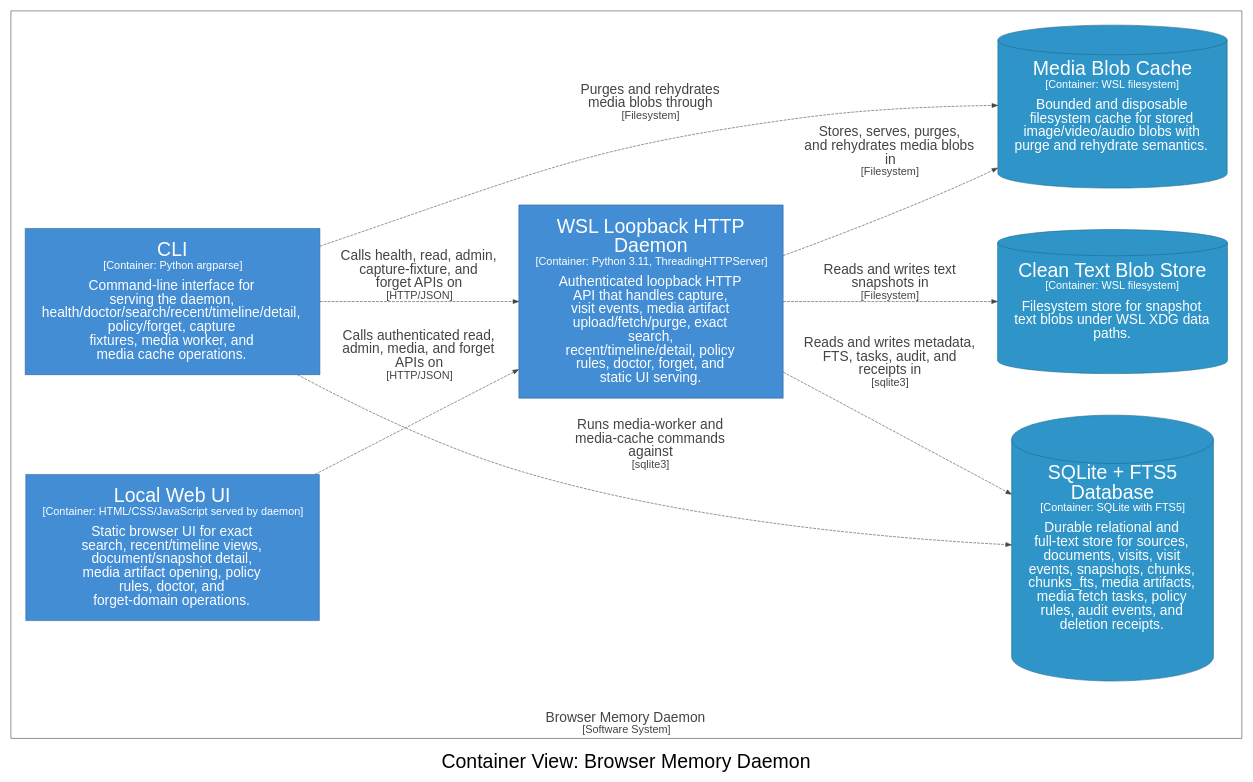
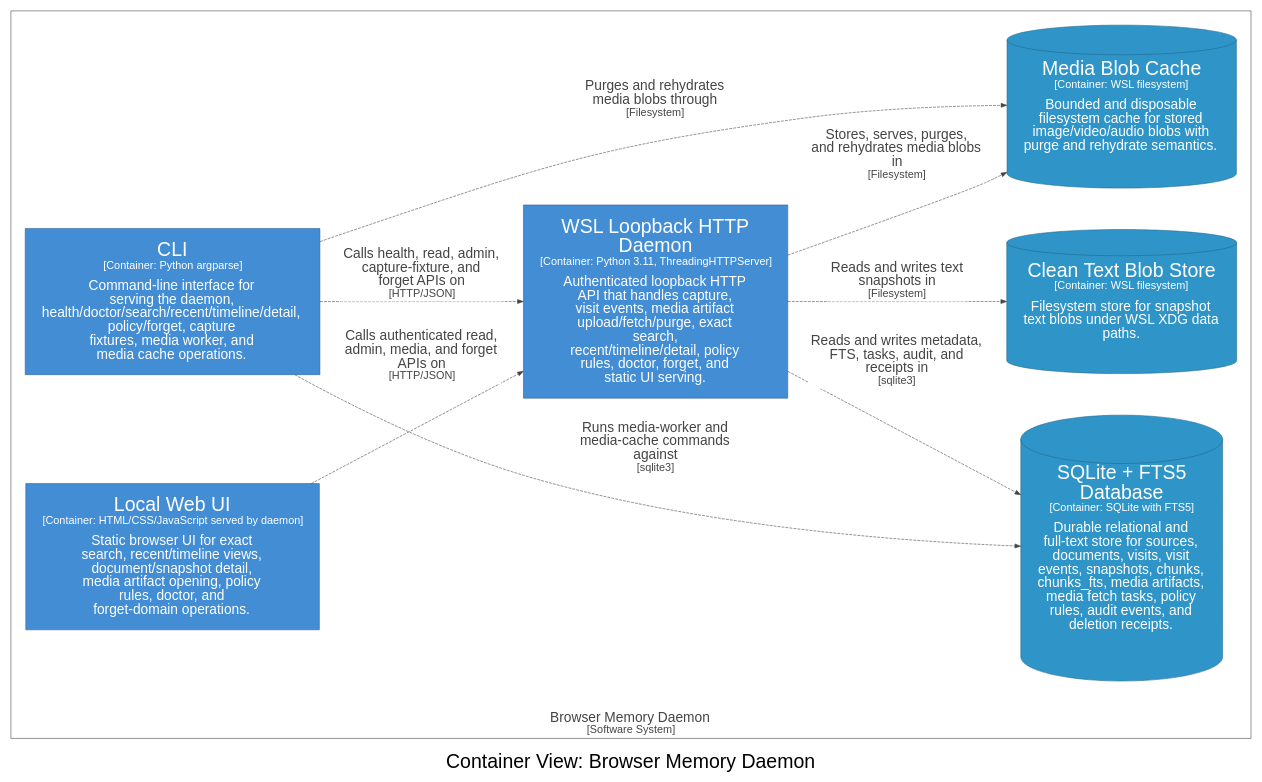
The diagram in architecture/diagrams/dot/structurizr-OpsContainers.dot (michaelnicks0/browser-memory-daemon), drawn with Graphviz before and after one commit. The commit also changed 83 other files, not shown here.

Commit message:
docs: clean C4 diagram renders

```diff
--- a/architecture/diagrams/dot/structurizr-OpsContainers.dot
+++ b/architecture/diagrams/dot/structurizr-OpsContainers.dot
@@ -1,32 +1,32 @@
 digraph {
   compound=true
   graph [fontname="Arial", rankdir=LR, ranksep=1.0, nodesep=1.0]
   node [fontname="Arial", shape=box, margin="0.4,0.3"]
   edge [fontname="Arial"]
   label=<<br /><font point-size="34">Container View: Browser Memory Daemon</font>>
 
   subgraph cluster_4 {
     margin=25
     label=<<font point-size="24"><br />Browser Memory Daemon</font><br /><font point-size="19">[Software System]</font>>
     labelloc=b
     color="#444444"
     fontcolor="#444444"
     fillcolor="#444444"
 
     14 [id=14,shape=rect, label=<<font point-size="34">WSL Loopback HTTP<br />Daemon</font><br /><font point-size="19">[Container: Python 3.11, ThreadingHTTPServer]</font><br /><br /><font point-size="24">Authenticated loopback HTTP<br />API that handles capture,<br />visit events, media artifact<br />upload/fetch/purge, exact<br />search,<br />recent/timeline/detail, policy<br />rules, doctor, forget, and<br />static UI serving.</font>>, style=filled, color="#2e6295", fillcolor="#438dd5", fontcolor="#ffffff"]
     25 [id=25,shape=rect, label=<<font point-size="34">Local Web UI</font><br /><font point-size="19">[Container: HTML/CSS/JavaScript served by daemon]</font><br /><br /><font point-size="24">Static browser UI for exact<br />search, recent/timeline views,<br />document/snapshot detail,<br />media artifact opening, policy<br />rules, doctor, and<br />forget-domain operations.</font>>, style=filled, color="#2e6295", fillcolor="#438dd5", fontcolor="#ffffff"]
     26 [id=26,shape=rect, label=<<font point-size="34">CLI</font><br /><font point-size="19">[Container: Python argparse]</font><br /><br /><font point-size="24">Command-line interface for<br />serving the daemon,<br />health/doctor/search/recent/timeline/detail,<br />policy/forget, capture<br />fixtures, media worker, and<br />media cache operations.</font>>, style=filled, color="#2e6295", fillcolor="#438dd5", fontcolor="#ffffff"]
     27 [id=27,shape=cylinder, label=<<font point-size="34">SQLite + FTS5<br />Database</font><br /><font point-size="19">[Container: SQLite with FTS5]</font><br /><br /><font point-size="24">Durable relational and<br />full-text store for sources,<br />documents, visits, visit<br />events, snapshots, chunks,<br />chunks_fts, media artifacts,<br />media fetch tasks, policy<br />rules, audit events, and<br />deletion receipts.</font>>, style=filled, color="#20688c", fillcolor="#2f95c8", fontcolor="#ffffff"]
     28 [id=28,shape=cylinder, label=<<font point-size="34">Clean Text Blob Store</font><br /><font point-size="19">[Container: WSL filesystem]</font><br /><br /><font point-size="24">Filesystem store for snapshot<br />text blobs under WSL XDG data<br />paths.</font>>, style=filled, color="#20688c", fillcolor="#2f95c8", fontcolor="#ffffff"]
     29 [id=29,shape=cylinder, label=<<font point-size="34">Media Blob Cache</font><br /><font point-size="19">[Container: WSL filesystem]</font><br /><br /><font point-size="24">Bounded and disposable<br />filesystem cache for stored<br />image/video/audio blobs with<br />purge and rehydrate semantics.</font>>, style=filled, color="#20688c", fillcolor="#2f95c8", fontcolor="#ffffff"]
   }
 
-  25 -> 14 [id=39, label=<<font point-size="24">Calls authenticated read,<br />admin, media, and forget<br />APIs on</font><br /><font point-size="19">[HTTP/JSON]</font>>, style="dashed", color="#444444", fontcolor="#444444"]
-  26 -> 14 [id=40, label=<<font point-size="24">Calls health, read, admin,<br />capture-fixture, and<br />forget APIs on</font><br /><font point-size="19">[HTTP/JSON]</font>>, style="dashed", color="#444444", fontcolor="#444444"]
-  26 -> 27 [id=41, label=<<font point-size="24">Runs media-worker and<br />media-cache commands<br />against</font><br /><font point-size="19">[sqlite3]</font>>, style="dashed", color="#444444", fontcolor="#444444"]
-  26 -> 29 [id=42, label=<<font point-size="24">Purges and rehydrates<br />media blobs through</font><br /><font point-size="19">[Filesystem]</font>>, style="dashed", color="#444444", fontcolor="#444444"]
-  14 -> 27 [id=43, label=<<font point-size="24">Reads and writes metadata,<br />FTS, tasks, audit, and<br />receipts in</font><br /><font point-size="19">[sqlite3]</font>>, style="dashed", color="#444444", fontcolor="#444444"]
-  14 -> 28 [id=44, label=<<font point-size="24">Reads and writes text<br />snapshots in</font><br /><font point-size="19">[Filesystem]</font>>, style="dashed", color="#444444", fontcolor="#444444"]
-  14 -> 29 [id=45, label=<<font point-size="24">Stores, serves, purges,<br />and rehydrates media blobs<br />in</font><br /><font point-size="19">[Filesystem]</font>>, style="dashed", color="#444444", fontcolor="#444444"]
+  25 -> 14 [id=39, label=<<TABLE BORDER="0" CELLBORDER="0" CELLSPACING="0" CELLPADDING="4" BGCOLOR="white"><TR><TD><font point-size="24">Calls authenticated read,<br />admin, media, and forget<br />APIs on</font><br /><font point-size="19">[HTTP/JSON]</font></TD></TR></TABLE>>, style="dashed", color="#444444", fontcolor="#444444"]
+  26 -> 14 [id=40, label=<<TABLE BORDER="0" CELLBORDER="0" CELLSPACING="0" CELLPADDING="4" BGCOLOR="white"><TR><TD><font point-size="24">Calls health, read, admin,<br />capture-fixture, and<br />forget APIs on</font><br /><font point-size="19">[HTTP/JSON]</font></TD></TR></TABLE>>, style="dashed", color="#444444", fontcolor="#444444"]
+  26 -> 27 [id=41, label=<<TABLE BORDER="0" CELLBORDER="0" CELLSPACING="0" CELLPADDING="4" BGCOLOR="white"><TR><TD><font point-size="24">Runs media-worker and<br />media-cache commands<br />against</font><br /><font point-size="19">[sqlite3]</font></TD></TR></TABLE>>, style="dashed", color="#444444", fontcolor="#444444"]
+  26 -> 29 [id=42, label=<<TABLE BORDER="0" CELLBORDER="0" CELLSPACING="0" CELLPADDING="4" BGCOLOR="white"><TR><TD><font point-size="24">Purges and rehydrates<br />media blobs through</font><br /><font point-size="19">[Filesystem]</font></TD></TR></TABLE>>, style="dashed", color="#444444", fontcolor="#444444"]
+  14 -> 27 [id=43, label=<<TABLE BORDER="0" CELLBORDER="0" CELLSPACING="0" CELLPADDING="4" BGCOLOR="white"><TR><TD><font point-size="24">Reads and writes metadata,<br />FTS, tasks, audit, and<br />receipts in</font><br /><font point-size="19">[sqlite3]</font></TD></TR></TABLE>>, style="dashed", color="#444444", fontcolor="#444444"]
+  14 -> 28 [id=44, label=<<TABLE BORDER="0" CELLBORDER="0" CELLSPACING="0" CELLPADDING="4" BGCOLOR="white"><TR><TD><font point-size="24">Reads and writes text<br />snapshots in</font><br /><font point-size="19">[Filesystem]</font></TD></TR></TABLE>>, style="dashed", color="#444444", fontcolor="#444444"]
+  14 -> 29 [id=45, label=<<TABLE BORDER="0" CELLBORDER="0" CELLSPACING="0" CELLPADDING="4" BGCOLOR="white"><TR><TD><font point-size="24">Stores, serves, purges,<br />and rehydrates media blobs<br />in</font><br /><font point-size="19">[Filesystem]</font></TD></TR></TABLE>>, style="dashed", color="#444444", fontcolor="#444444"]
 
 }
```
